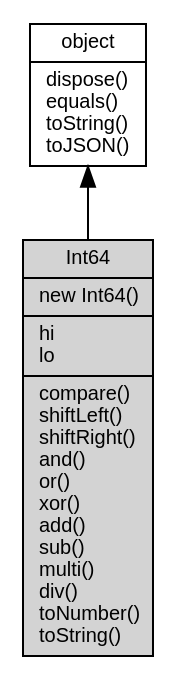
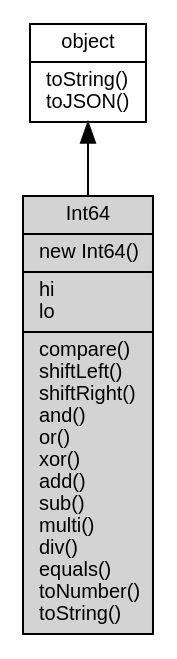
The diagram in docs/object/ifs/Int64.md (asionius/fibjs-ceph), drawn with Graphviz before and after one commit. The commit also changed other lines of this file and 138 other files, not shown here.

````diff
--- a/docs/object/ifs/Int64.md
+++ b/docs/object/ifs/Int64.md
@@ -11,10 +11,10 @@
 ```dot
 digraph {
     node [fontname="Helvetica,sans-Serif", fontsize=10, shape="record", style="filled", fillcolor="white"];
 
-    object [tooltip="object", URL="object.md", label="{object|dispose()\lequals()\ltoString()\ltoJSON()\l}"];
-    Int64 [tooltip="Int64", fillcolor="lightgray", label="{Int64|new Int64()\l|hi\llo\l|compare()\lshiftLeft()\lshiftRight()\land()\lor()\lxor()\ladd()\lsub()\lmulti()\ldiv()\ltoNumber()\ltoString()\l}"];
+    object [tooltip="object", URL="object.md", label="{object|toString()\ltoJSON()\l}"];
+    Int64 [tooltip="Int64", fillcolor="lightgray", id="me", label="{Int64|new Int64()\l|hi\llo\l|compare()\lshiftLeft()\lshiftRight()\land()\lor()\lxor()\ladd()\lsub()\lmulti()\ldiv()\lequals()\ltoNumber()\ltoString()\l}"];
 
     object -> Int64 [dir=back];
 }
 ```
````
